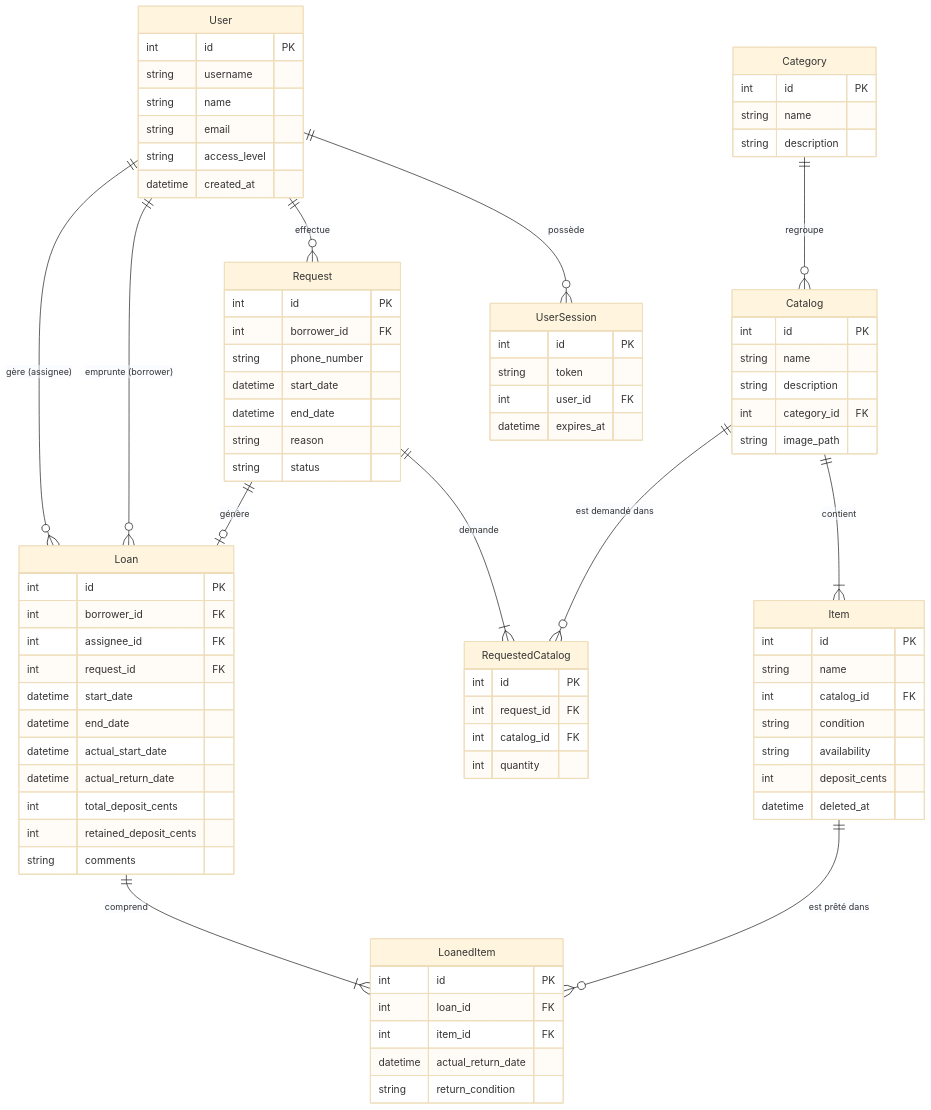
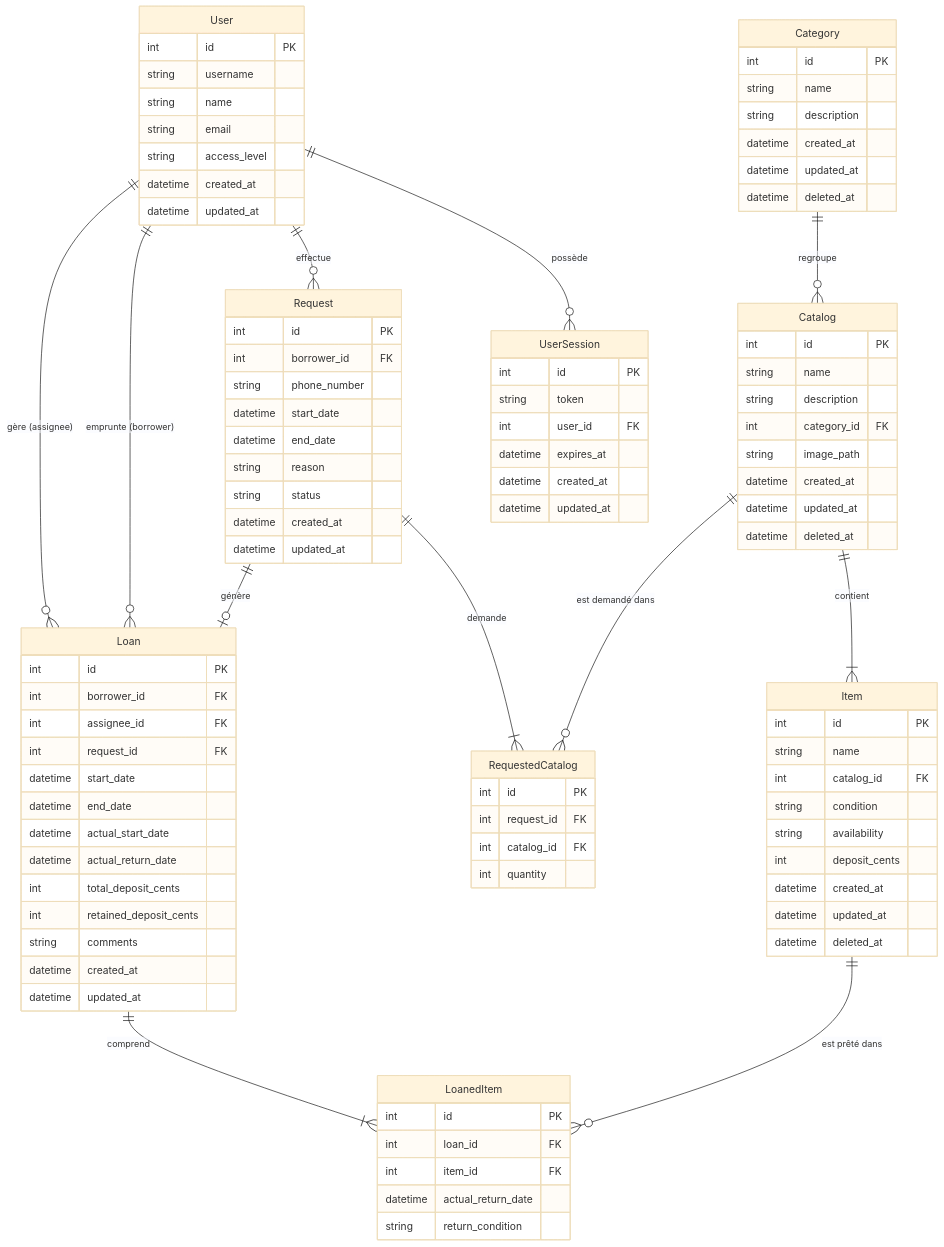
Before and after one commit to le-clap/matos-clap: the diagram in README.md, drawn with Mermaid (base theme). The commit also changed 20 other files, not shown here.

```diff
--- a/README.md
+++ b/README.md
@@ -42,6 +42,7 @@
         string email
         string access_level
         datetime created_at
+        datetime updated_at
     }
 
     UserSession {
@@ -49,12 +50,17 @@
         string token
         int user_id FK
         datetime expires_at
+        datetime created_at
+        datetime updated_at
     }
 
     Category {
         int id PK
         string name
         string description
+        datetime created_at
+        datetime updated_at
+        datetime deleted_at
     }
 
     Catalog {
@@ -63,6 +69,9 @@
         string description
         int category_id FK
         string image_path
+        datetime created_at
+        datetime updated_at
+        datetime deleted_at
     }
 
     Item {
@@ -72,6 +81,8 @@
         string condition
         string availability
         int deposit_cents
+        datetime created_at
+        datetime updated_at
         datetime deleted_at
     }
 
@@ -83,6 +94,8 @@
         datetime end_date
         string reason
         string status
+        datetime created_at
+        datetime updated_at
     }
 
     RequestedCatalog {
@@ -104,6 +117,8 @@
         int total_deposit_cents
         int retained_deposit_cents
         string comments
+        datetime created_at
+        datetime updated_at
     }
 
     LoanedItem {
```
